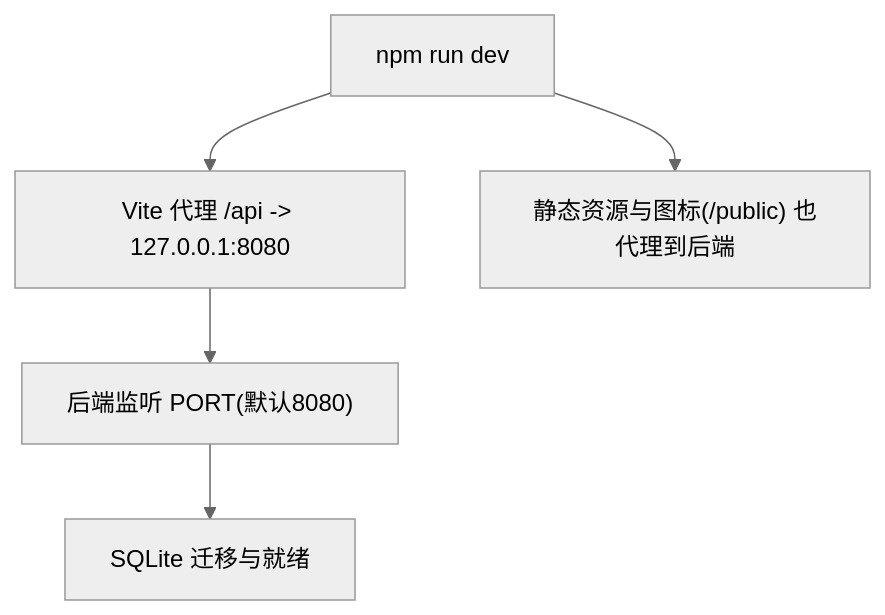
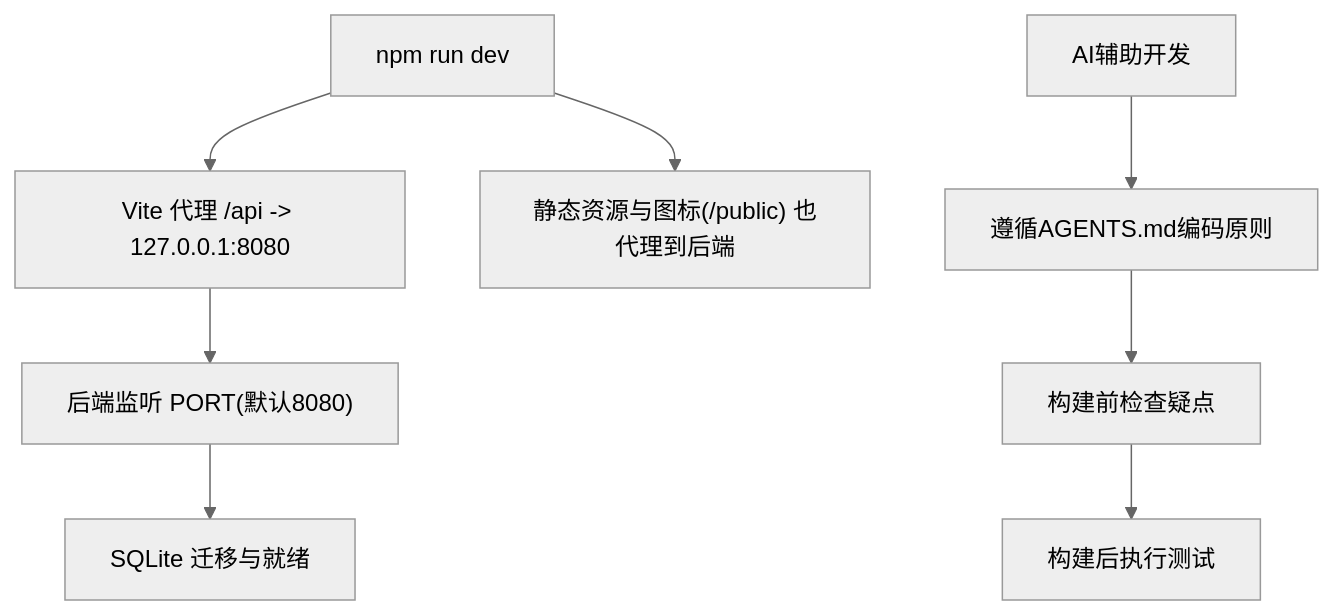
The fifth of 6 diagrams in .qoder/repowiki/zh/content/开发指南/开发工作流.md (AlcaProphet/VPN-Subscription-Management), drawn with Mermaid (neutral theme) before and after one commit. The commit also changed other lines of this file and 102 other files, not shown here.

````diff
--- a/.qoder/repowiki/zh/content/开发指南/开发工作流.md
+++ b/.qoder/repowiki/zh/content/开发指南/开发工作流.md
@@ -187,7 +215,10 @@
 ```mermaid
 flowchart TD
 A["npm run dev"] --> B["Vite 代理 /api -> 127.0.0.1:8080"]
 B --> C["后端监听 PORT(默认8080)"]
 C --> D["SQLite 迁移与就绪"]
 A --> E["静态资源与图标(/public) 也代理到后端"]
+F["AI辅助开发"] --> G["遵循AGENTS.md编码原则"]
+G --> H["构建前检查疑点"]
+H --> I["构建后执行测试"]
 ```
````
